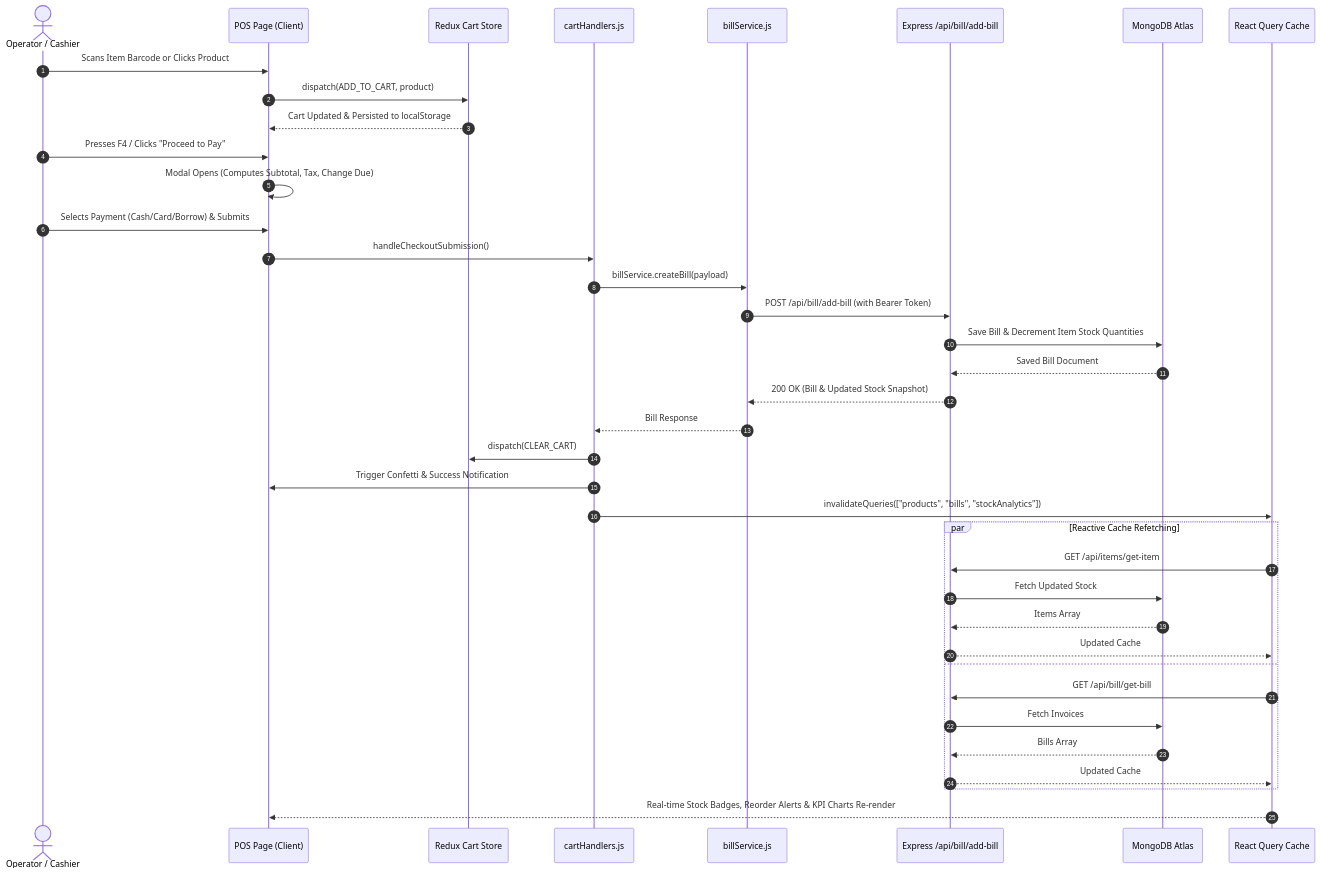
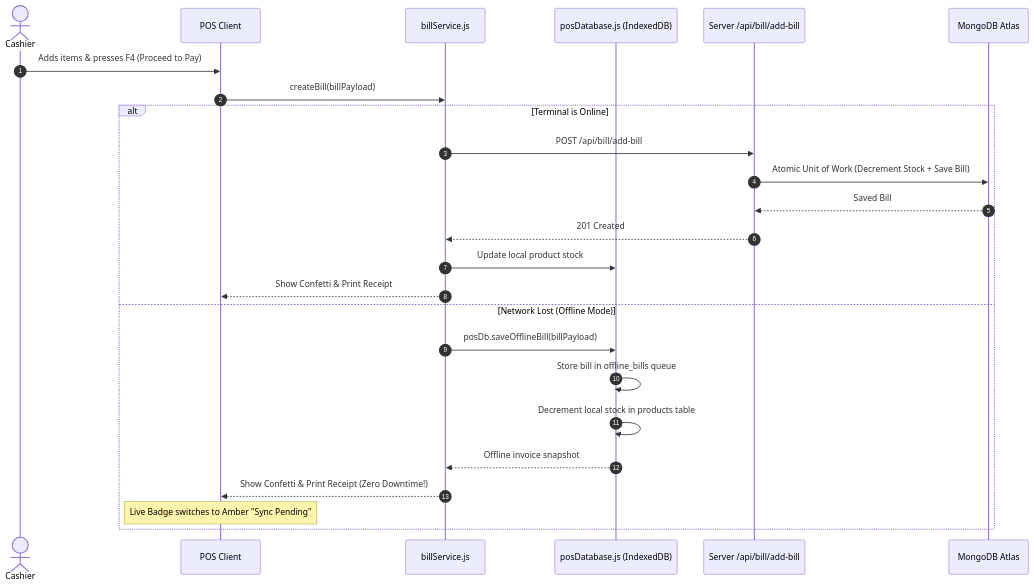
The second of 4 diagrams in README.md (Haiderali445/mern-pos), drawn with Mermaid before and after one commit. The commit also changed other lines of this file and 126 other files, not shown here.

Commit message:
feat(monorepo): sync Express 5 modular backend, React 18 client templates, and audit trail drawer

````diff
--- a/README.md
+++ b/README.md
@@ -166,41 +160,28 @@
 ```mermaid
 sequenceDiagram
     autonumber
-    actor Cashier as Operator / Cashier
-    participant POS as POS Page (Client)
-    participant Redux as Redux Cart Store
-    participant Handler as cartHandlers.js
+    actor Cashier
+    participant POS as POS Client
     participant Service as billService.js
-    participant API as Express /api/bill/add-bill
+    participant Dexie as posDatabase.js (IndexedDB)
+    participant API as Server /api/bill/add-bill
     participant DB as MongoDB Atlas
-    participant RQ as React Query Cache
 
-    Cashier->>POS: Scans Item Barcode or Clicks Product
-    POS->>Redux: dispatch(ADD_TO_CART, product)
-    Redux-->>POS: Cart Updated & Persisted to localStorage
-    Cashier->>POS: Presses F4 / Clicks "Proceed to Pay"
-    POS->>POS: Modal Opens (Computes Subtotal, Tax, Change Due)
-    Cashier->>POS: Selects Payment (Cash/Card/Borrow) & Submits
-    POS->>Handler: handleCheckoutSubmission()
-    Handler->>Service: billService.createBill(payload)
-    Service->>API: POST /api/bill/add-bill (with Bearer Token)
-    API->>DB: Save Bill & Decrement Item Stock Quantities
-    DB-->>API: Saved Bill Document
-    API-->>Service: 200 OK (Bill & Updated Stock Snapshot)
-    Service-->>Handler: Bill Response
-    Handler->>Redux: dispatch(CLEAR_CART)
-    Handler->>POS: Trigger Confetti & Success Notification
-    Handler->>RQ: invalidateQueries(["products", "bills", "stockAnalytics"])
-    par Reactive Cache Refetching
-        RQ->>API: GET /api/items/get-item
-        API->>DB: Fetch Updated Stock
-        DB-->>API: Items Array
-        API-->>RQ: Updated Cache
-    and
-        RQ->>API: GET /api/bill/get-bill
-        API->>DB: Fetch Invoices
-        DB-->>API: Bills Array
-        API-->>RQ: Updated Cache
+    Cashier->>POS: Adds items & presses F4 (Proceed to Pay)
+    POS->>Service: createBill(billPayload)
+    alt Terminal is Online
+        Service->>API: POST /api/bill/add-bill
+        API->>DB: Atomic Unit of Work (Decrement Stock + Save Bill)
+        DB-->>API: Saved Bill
+        API-->>Service: 201 Created
+        Service->>Dexie: Update local product stock
+        Service-->>POS: Show Confetti & Print Receipt
+    else Network Lost (Offline Mode)
+        Service->>Dexie: posDb.saveOfflineBill(billPayload)
+        Dexie->>Dexie: Store bill in offline_bills queue
+        Dexie->>Dexie: Decrement local stock in products table
+        Dexie-->>Service: Offline invoice snapshot
+        Service-->>POS: Show Confetti & Print Receipt (Zero Downtime!)
+        Note over POS: Live Badge switches to Amber "Sync Pending"
     end
-    RQ-->>POS: Real-time Stock Badges, Reorder Alerts & KPI Charts Re-render
 ```
````
